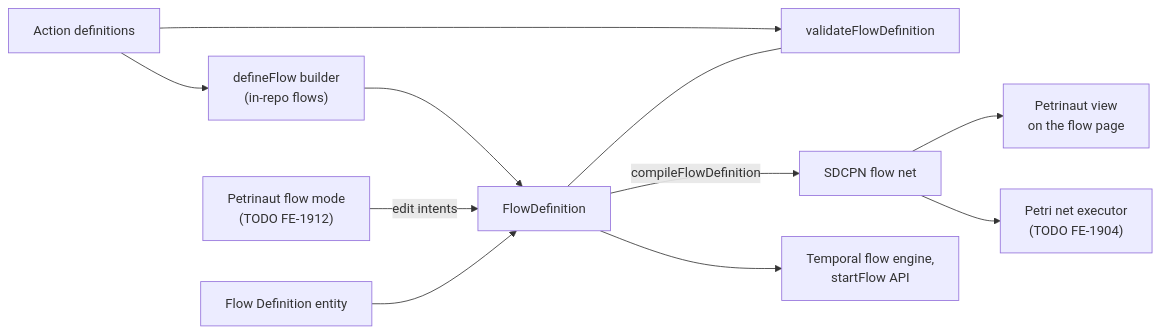
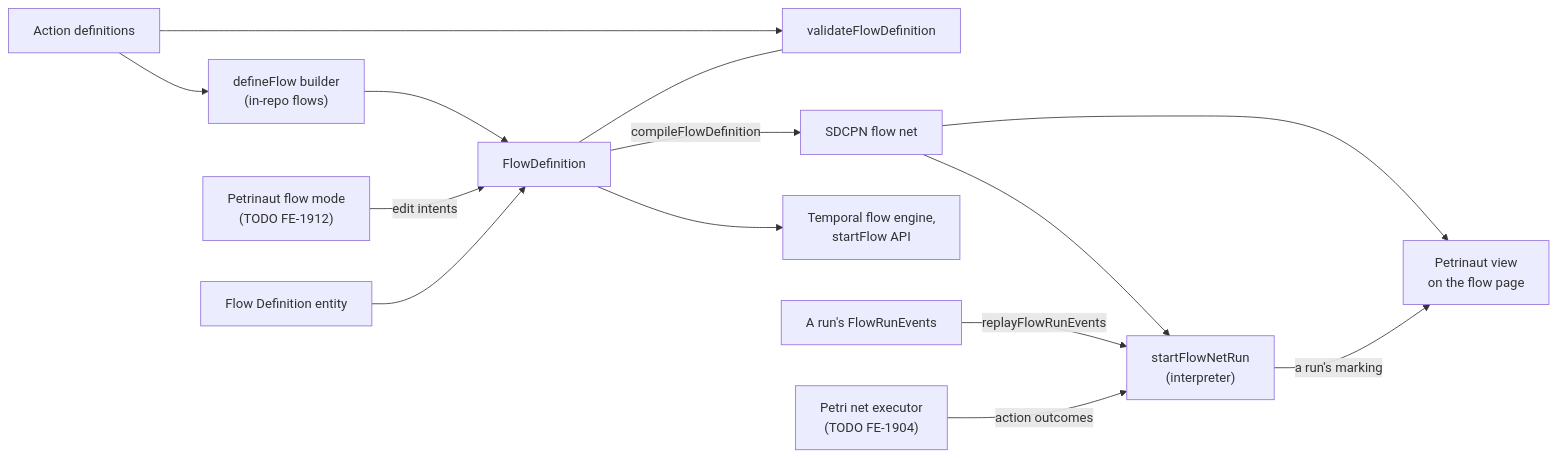
Before and after one commit to hashintel/hash: the first of 3 diagrams in libs/@local/flow-petri-net/README.md, drawn with Mermaid. The commit also changed other lines of this file and 6 other files, not shown here.

Commit message:
Share the flow net tests' flows, and document the interpreter and replay

````diff
--- a/libs/@local/flow-petri-net/README.md
+++ b/libs/@local/flow-petri-net/README.md
@@ -9,24 +9,29 @@
 ```mermaid
 flowchart LR
   actions["Action definitions"]
   builder["defineFlow builder<br/>(in-repo flows)"]
   flowMode["Petrinaut flow mode<br/>(TODO FE-1912)"]
   stored["Flow Definition entity"]
   definition["FlowDefinition"]
   validate["validateFlowDefinition"]
   net["SDCPN flow net"]
   engine["Temporal flow engine,<br/>startFlow API"]
   petrinaut["Petrinaut view<br/>on the flow page"]
+  interpreter["startFlowNetRun<br/>(interpreter)"]
+  events["A run's FlowRunEvents"]
   executor["Petri net executor<br/>(TODO FE-1904)"]
 
   actions --> builder
   actions --> validate
   builder --> definition
   flowMode -->|edit intents| definition
   stored --> definition
   definition --- validate
   definition --> engine
   definition -->|compileFlowDefinition| net
   net --> petrinaut
-  net --> executor
+  net --> interpreter
+  events -->|replayFlowRunEvents| interpreter
+  interpreter -->|a run's marking| petrinaut
+  executor -->|action outcomes| interpreter
 ```
````
